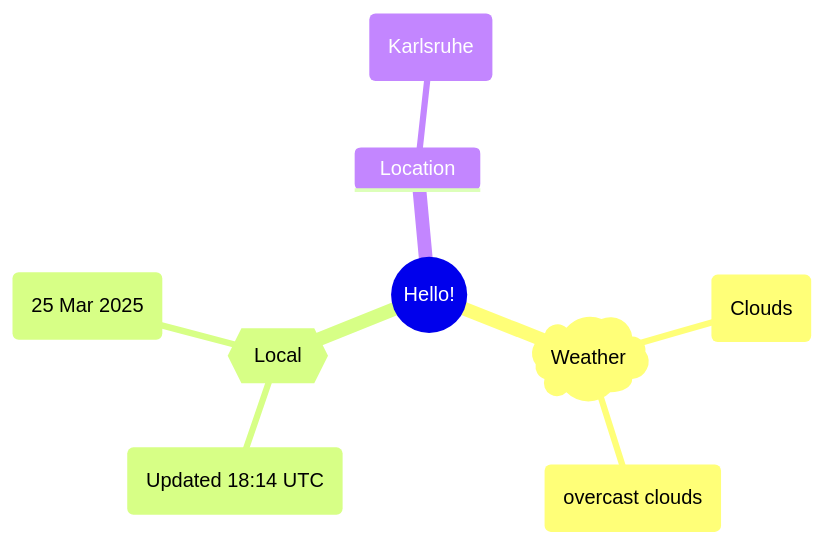
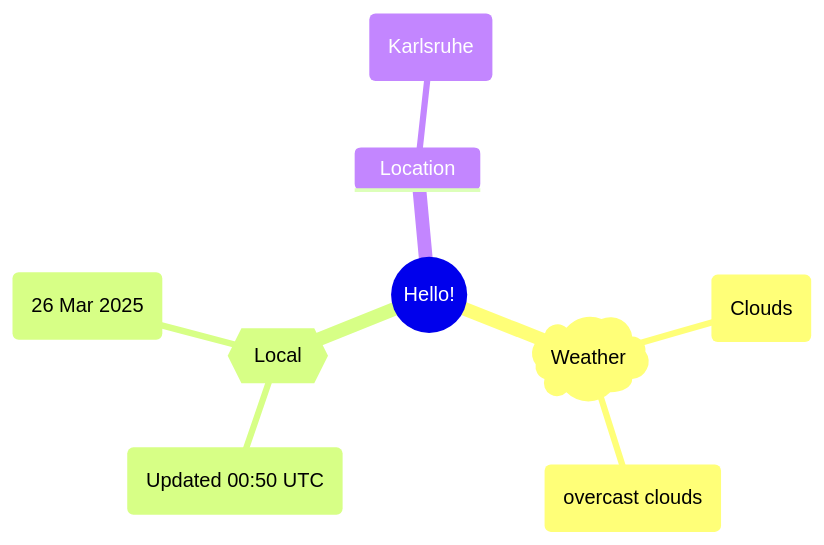
Before and after one commit to Xosrov/Xosrov: the first of 2 diagrams in README.md, drawn with Mermaid.

Commit message:
[bot] updated images

````diff
--- a/README.md
+++ b/README.md
@@ -3,12 +3,12 @@
 ```mermaid
 mindmap
   root((Hello!))
     )Weather(
         (Clouds)
         (overcast clouds)
     {{Local}}
-        (Updated 18:14 UTC)
-        (25 Mar 2025)
+        (Updated 00:50 UTC)
+        (26 Mar 2025)
     Location
         (Karlsruhe)
 ```
````
